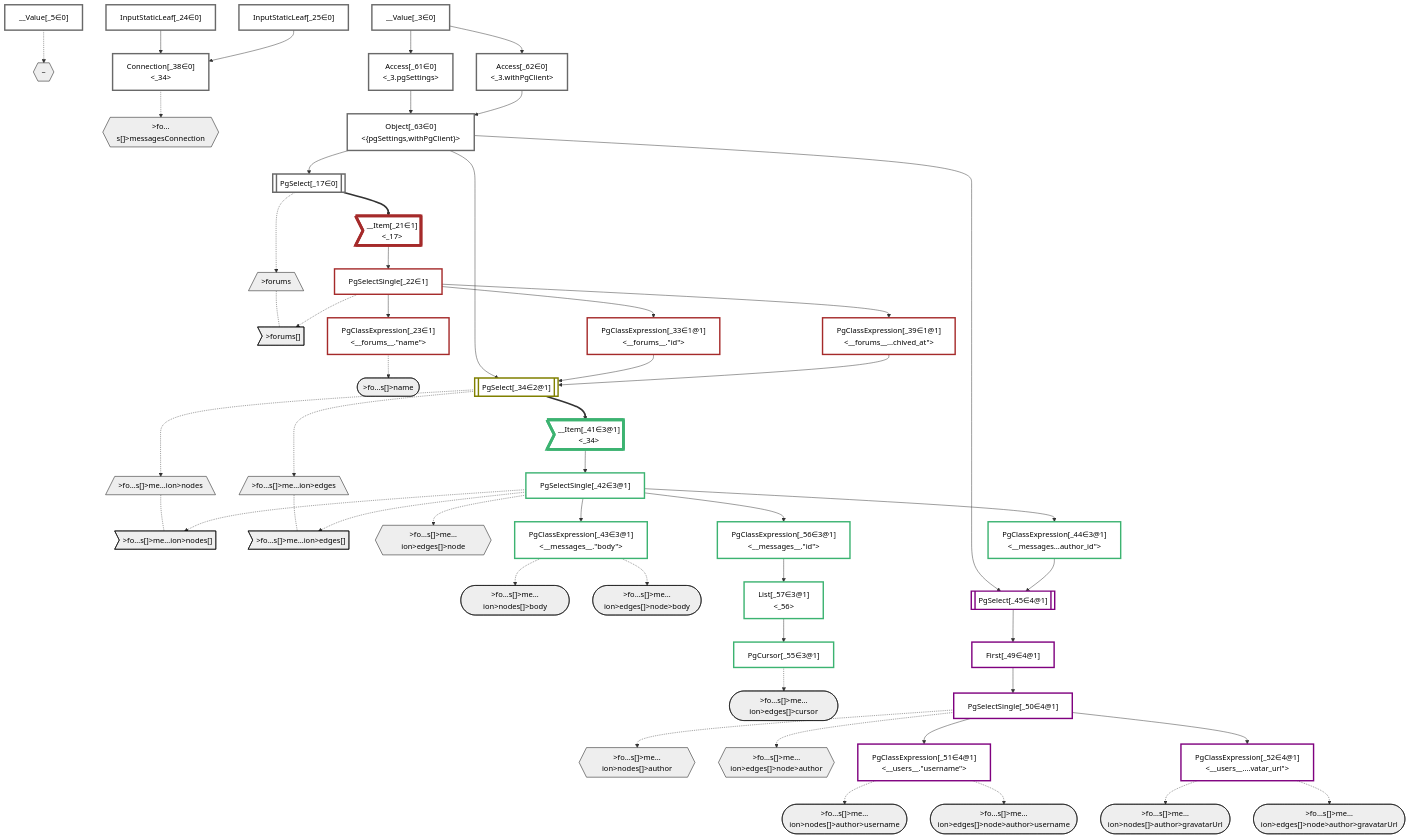
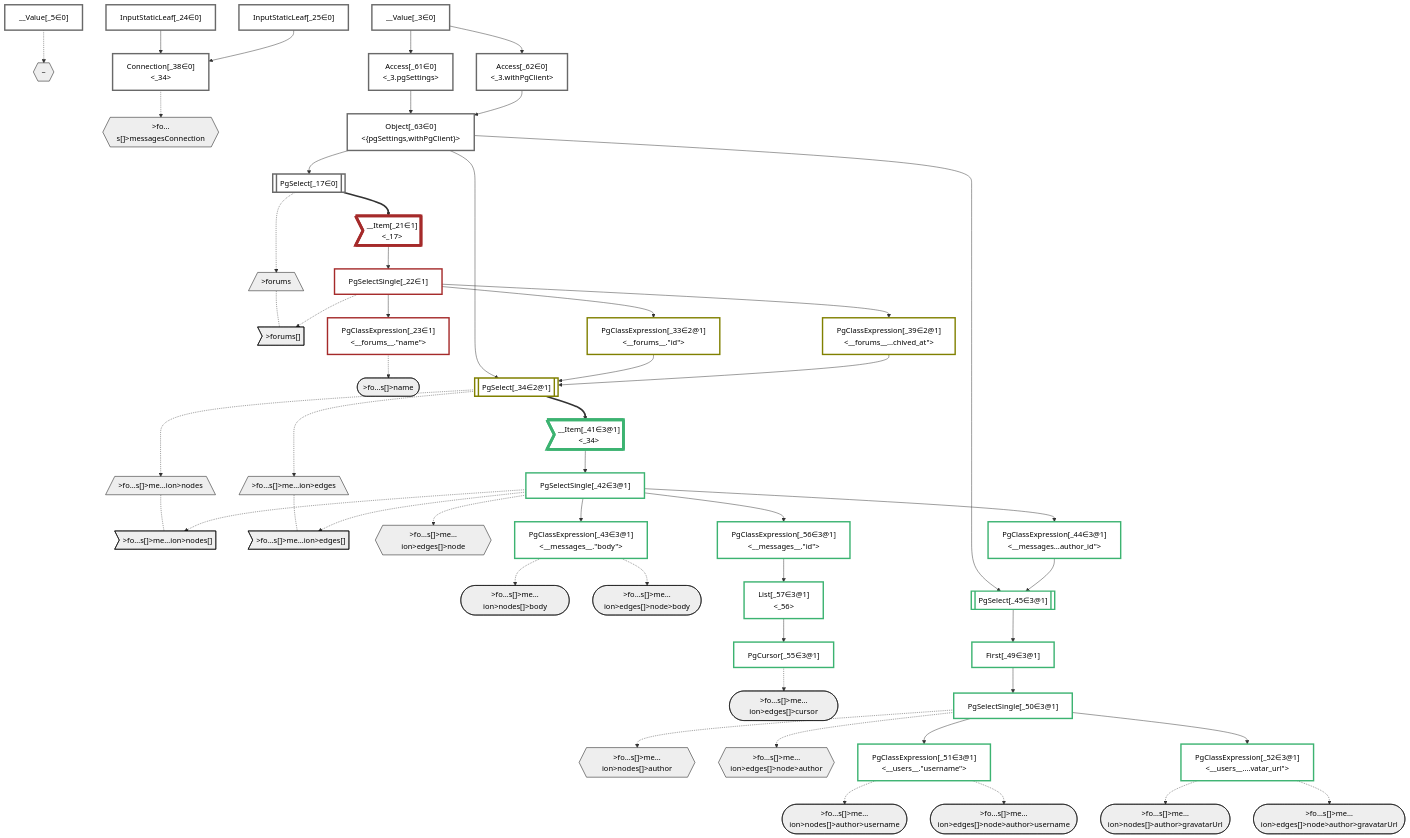
The diagram in packages/dataplan-pg/__tests__/queries/conditions/archived-forum-inherited-messages.defer-2.deopt.mermaid.md (graphile/crystal), drawn with Mermaid before and after one commit. The commit also changed 42 other files, not shown here.

````diff
--- a/packages/dataplan-pg/__tests__/queries/conditions/archived-forum-inherited-messages.defer-2.deopt.mermaid.md
+++ b/packages/dataplan-pg/__tests__/queries/conditions/archived-forum-inherited-messages.defer-2.deopt.mermaid.md
@@ -54,19 +54,19 @@
     PgClassExpression_23["PgClassExpression[_23∈1]<br /><__forums__.#quot;name#quot;>"]:::plan
     InputStaticLeaf_24["InputStaticLeaf[_24∈0]"]:::plan
     InputStaticLeaf_25["InputStaticLeaf[_25∈0]"]:::plan
-    PgClassExpression_33["PgClassExpression[_33∈1@1]<br /><__forums__.#quot;id#quot;>"]:::plan
+    PgClassExpression_33["PgClassExpression[_33∈2@1]<br /><__forums__.#quot;id#quot;>"]:::plan
     PgSelect_34[["PgSelect[_34∈2@1]<br /><messages>"]]:::plan
     Connection_38["Connection[_38∈0]<br /><_34>"]:::plan
-    PgClassExpression_39["PgClassExpression[_39∈1@1]<br /><__forums__...chived_at#quot;>"]:::plan
+    PgClassExpression_39["PgClassExpression[_39∈2@1]<br /><__forums__...chived_at#quot;>"]:::plan
     __Item_41>"__Item[_41∈3@1]<br /><_34>"]:::itemplan
     PgSelectSingle_42["PgSelectSingle[_42∈3@1]<br /><messages>"]:::plan
     PgClassExpression_43["PgClassExpression[_43∈3@1]<br /><__messages__.#quot;body#quot;>"]:::plan
     PgClassExpression_44["PgClassExpression[_44∈3@1]<br /><__messages...author_id#quot;>"]:::plan
-    PgSelect_45[["PgSelect[_45∈4@1]<br /><users>"]]:::plan
-    First_49["First[_49∈4@1]"]:::plan
-    PgSelectSingle_50["PgSelectSingle[_50∈4@1]<br /><users>"]:::plan
-    PgClassExpression_51["PgClassExpression[_51∈4@1]<br /><__users__.#quot;username#quot;>"]:::plan
-    PgClassExpression_52["PgClassExpression[_52∈4@1]<br /><__users__....vatar_url#quot;>"]:::plan
+    PgSelect_45[["PgSelect[_45∈3@1]<br /><users>"]]:::plan
+    First_49["First[_49∈3@1]"]:::plan
+    PgSelectSingle_50["PgSelectSingle[_50∈3@1]<br /><users>"]:::plan
+    PgClassExpression_51["PgClassExpression[_51∈3@1]<br /><__users__.#quot;username#quot;>"]:::plan
+    PgClassExpression_52["PgClassExpression[_52∈3@1]<br /><__users__....vatar_url#quot;>"]:::plan
     PgCursor_55["PgCursor[_55∈3@1]"]:::plan
     PgClassExpression_56["PgClassExpression[_56∈3@1]<br /><__messages__.#quot;id#quot;>"]:::plan
     List_57["List[_57∈3@1]<br /><_56>"]:::plan
@@ -129,11 +129,9 @@
     classDef bucket0 stroke:#696969
     class __Value_3,__Value_5,PgSelect_17,InputStaticLeaf_24,InputStaticLeaf_25,Connection_38,Access_61,Access_62,Object_63 bucket0
     classDef bucket1 stroke:#a52a2a
-    class __Item_21,PgSelectSingle_22,PgClassExpression_23,PgClassExpression_33,PgClassExpression_39 bucket1
+    class __Item_21,PgSelectSingle_22,PgClassExpression_23 bucket1
     classDef bucket2 stroke:#808000
-    class PgSelect_34 bucket2
+    class PgClassExpression_33,PgSelect_34,PgClassExpression_39 bucket2
     classDef bucket3 stroke:#3cb371
-    class __Item_41,PgSelectSingle_42,PgClassExpression_43,PgClassExpression_44,PgCursor_55,PgClassExpression_56,List_57 bucket3
-    classDef bucket4 stroke:#7f007f
-    class PgSelect_45,First_49,PgSelectSingle_50,PgClassExpression_51,PgClassExpression_52 bucket4
+    class __Item_41,PgSelectSingle_42,PgClassExpression_43,PgClassExpression_44,PgSelect_45,First_49,PgSelectSingle_50,PgClassExpression_51,PgClassExpression_52,PgCursor_55,PgClassExpression_56,List_57 bucket3
 ```
````
